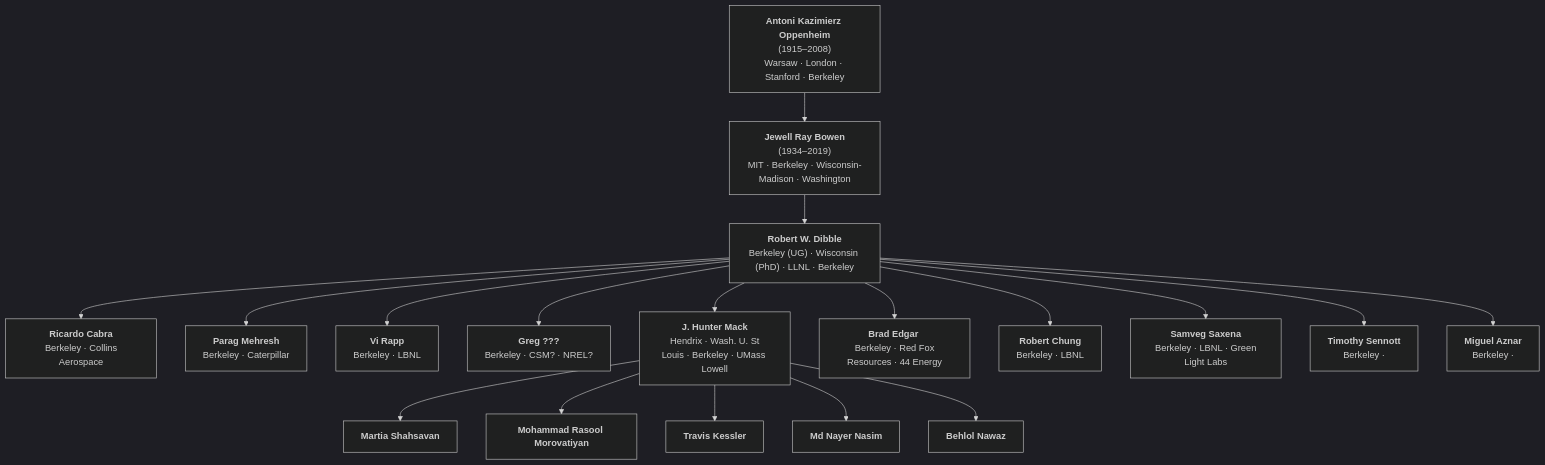
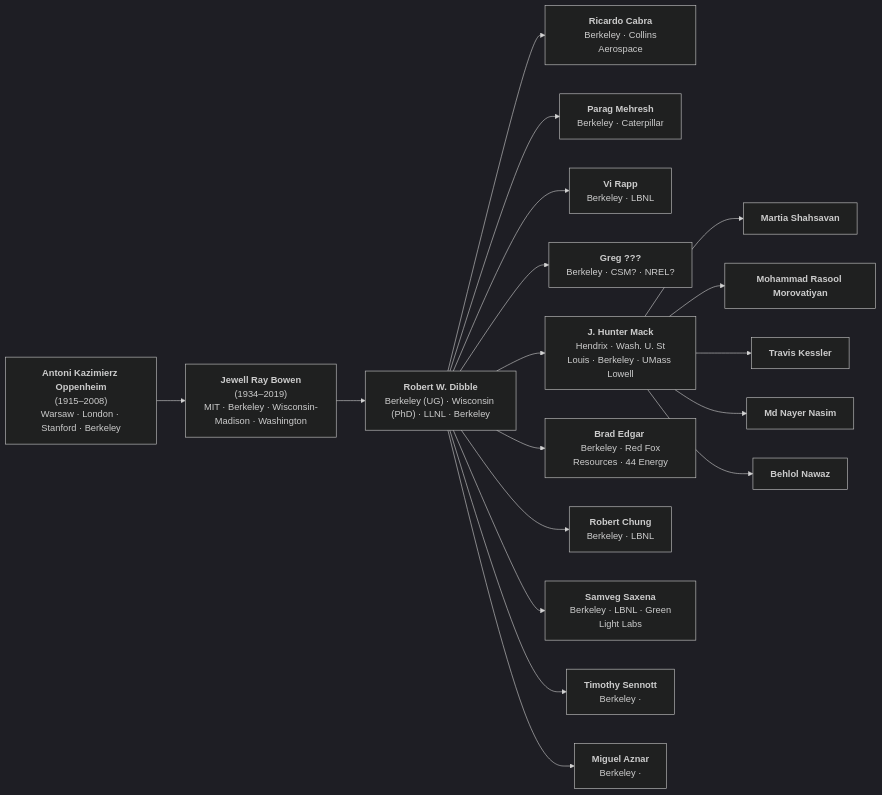
The diagram in acad_tree.md (bnawaz95/ECRL-acad-tree), drawn with Mermaid (dark theme) before and after one commit.

````diff
--- a/acad_tree.md
+++ b/acad_tree.md
@@ -1,45 +1,45 @@
 ```mermaid
-graph TD
+graph LR
     A["<b>Antoni Kazimierz Oppenheim</b><br/>(1915–2008)<br/>Warsaw · London · Stanford · Berkeley"]
 
     B["<b>Jewell Ray Bowen</b><br/>(1934–2019)<br/>MIT · Berkeley · Wisconsin-Madison · Washington"]
 
     C["<b>Robert W. Dibble</b><br/>Berkeley (UG) · Wisconsin (PhD) · LLNL · Berkeley"]
 
     D1["<b>Ricardo Cabra</b><br/> Berkeley · Collins Aerospace"]
     D2["<b>Parag Mehresh</b><br/> Berkeley · Caterpillar"]
     D3["<b>Vi Rapp</b><br/> Berkeley · LBNL"]
     D4["<b>Greg ???</b><br/> Berkeley · CSM? · NREL?"]
     D0["<b>J. Hunter Mack</b><br/> Hendrix · Wash. U. St Louis · Berkeley · UMass Lowell"]
     D5["<b>Brad Edgar </b><br/> Berkeley · Red Fox Resources · 44 Energy"]
     D6["<b>Robert Chung</b><br/> Berkeley · LBNL"]
     D7["<b>Samveg Saxena</b><br/> Berkeley · LBNL · Green Light Labs"]
     D8["<b>Timothy Sennott</b><br/> Berkeley · "]
     D9["<b>Miguel Aznar</b><br/> Berkeley · "]
 
     E["<b>Martia Shahsavan</b>"]
     F["<b>Mohammad Rasool Morovatiyan</b>"]
     G["<b>Travis Kessler</b>"]
     H["<b>Md Nayer Nasim</b>"]
     I["<b>Behlol Nawaz</b>"]
 
     A --> B
     B --> C
 
     C --> D0
     C --> D1
     C --> D2
     C --> D3
     C --> D4
     C --> D5
     C --> D6
     C --> D7
     C --> D8
     C --> D9
 
     D0 --> E
     D0 --> F
     D0 --> G
     D0 --> H
     D0 --> I
 ```
````
